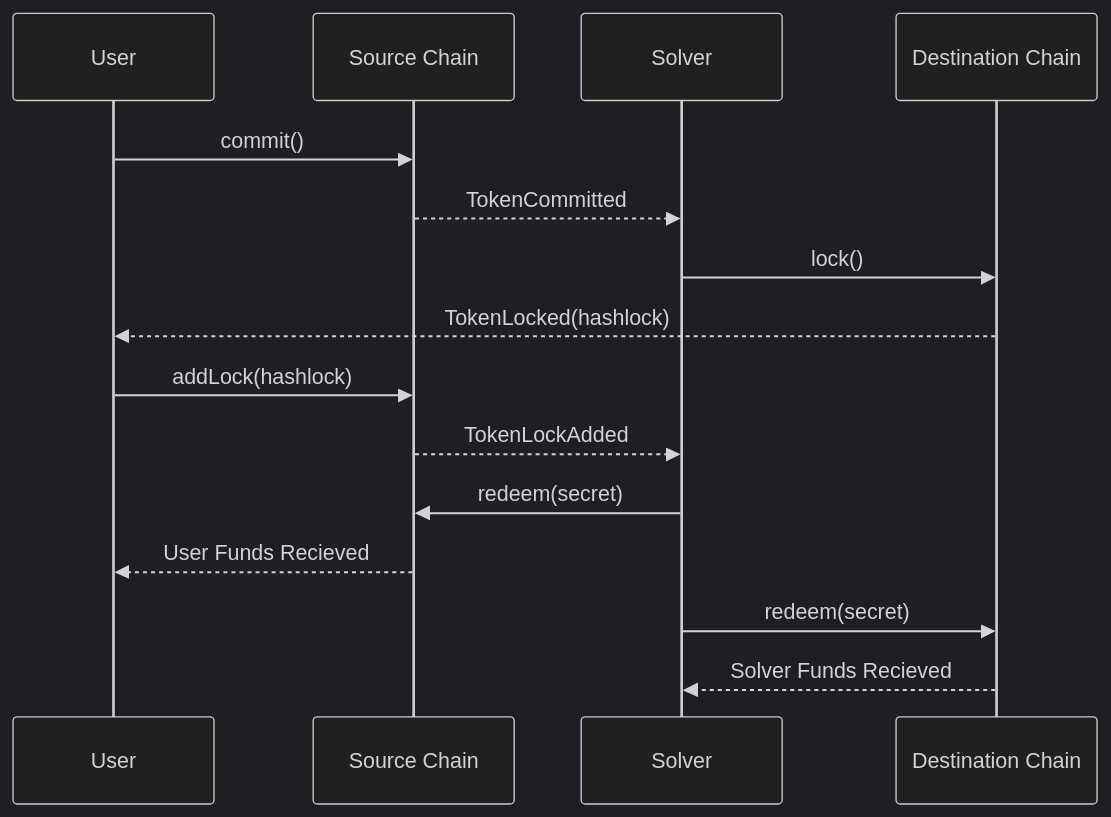
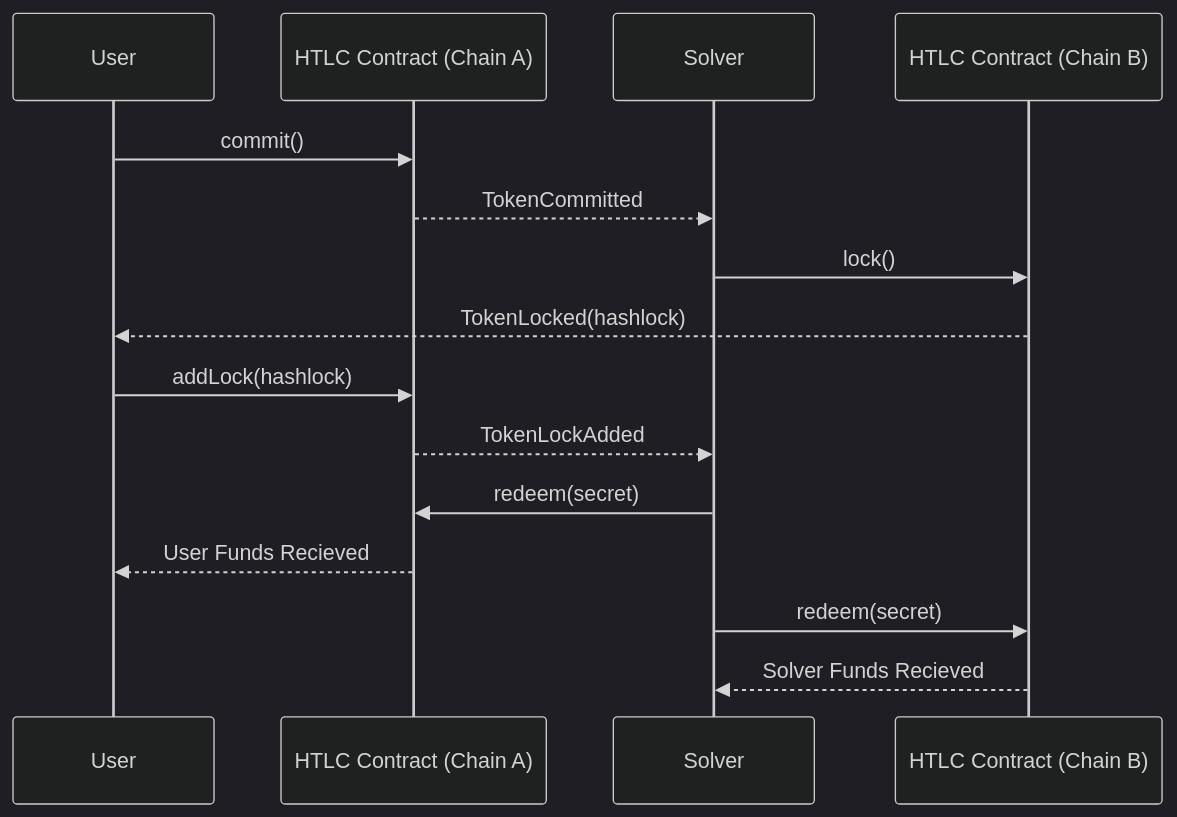
Before and after one commit to ethereum/L2-interop: the third of 3 diagrams in docs/intents/intent-types.md, drawn with Mermaid (dark theme). The commit also changed other lines of this file, not shown here.

Commit message:
adjust mermaids

````diff
--- a/docs/intents/intent-types.md
+++ b/docs/intents/intent-types.md
@@ -69,19 +56,19 @@
 ```mermaid
 sequenceDiagram
     participant P1 as User
-    participant SC as Source Chain
+    participant SC as HTLC Contract (Chain A)
     participant P2 as Solver
-    participant DC as Destination Chain
+    participant DC as HTLC Contract (Chain B)
 
 
     P1->>SC: commit()
     SC-->>P2: TokenCommitted
     P2->>DC: lock()
     DC-->>P1: TokenLocked(hashlock)
     P1->>SC: addLock(hashlock)
     SC-->>P2: TokenLockAdded
     P2->>SC: redeem(secret)
     SC-->>P1: User Funds Recieved 
     P2->>DC: redeem(secret)
     DC-->>P2: Solver Funds Recieved
 ```
````
